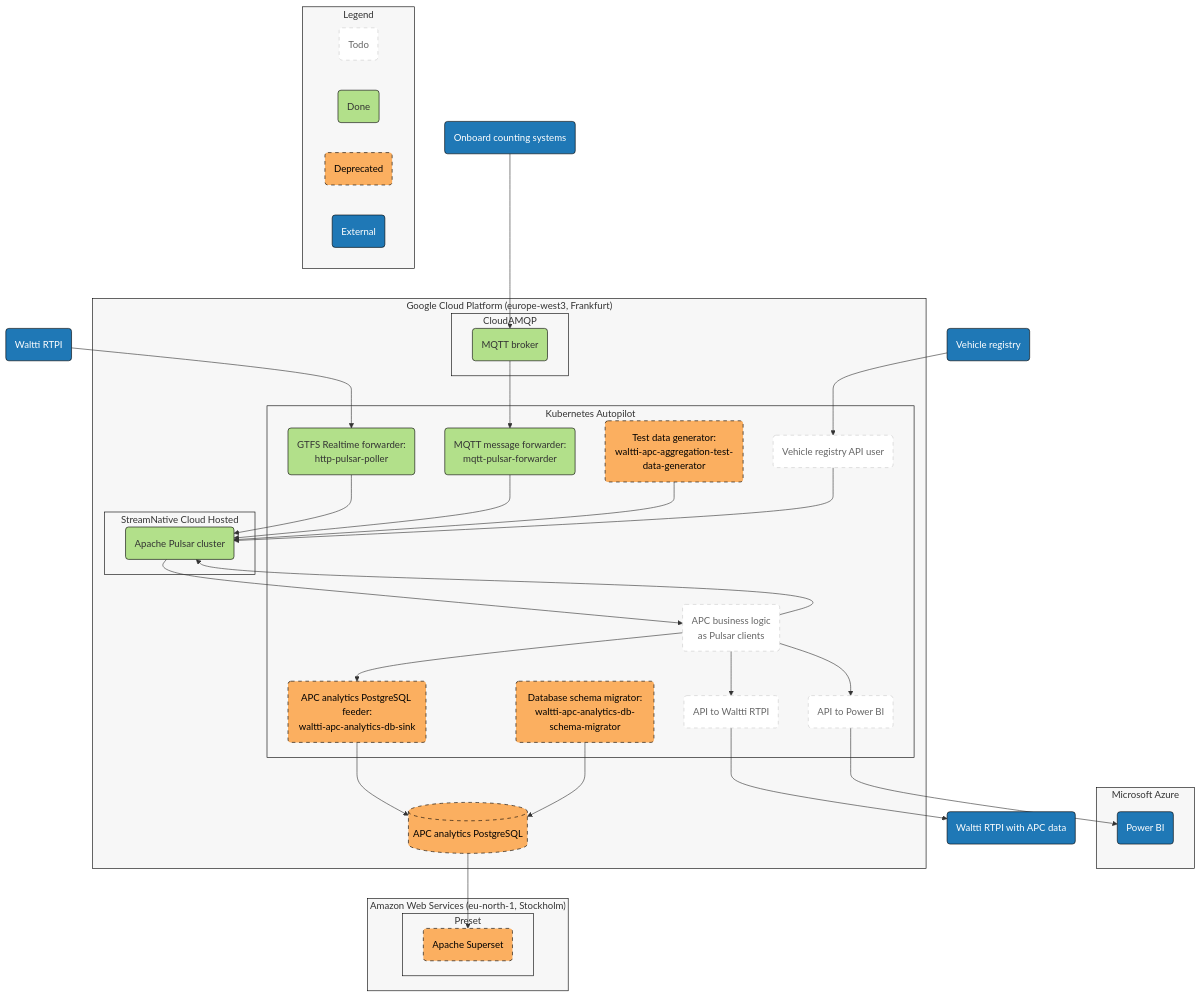
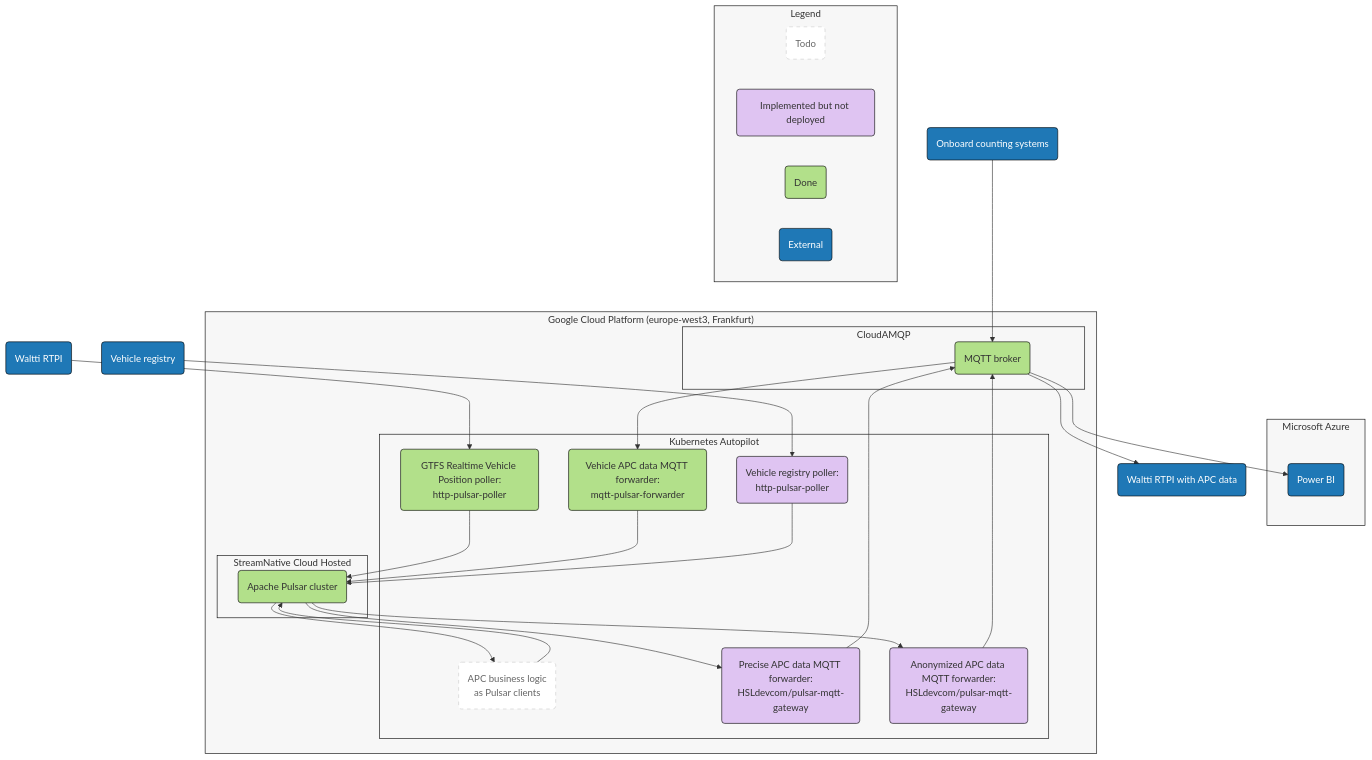
One commit to tvv-lippu-ja-maksujarjestelma-oy/waltti-apc changed the first of 2 diagrams in README.md. Above: the diagram before and after it, drawn with Mermaid. The commit also changed other lines of this file, not shown here.

Commit message:
docs: Update diagrams

````diff
--- a/README.md
+++ b/README.md
@@ -17,29 +17,20 @@
   rtpiinput("Waltti RTPI")
   rtpioutput("Waltti RTPI with APC data")
   vehicleregistry("Vehicle registry")
-  subgraph aws["Amazon Web Services (eu-north-1, Stockholm)"]
-    subgraph preset["Preset"]
-      superset("Apache Superset")
-    end
-  end
   subgraph azure["Microsoft Azure"]
     powerbi("Power BI")
   end
   subgraph gcp["Google Cloud Platform (europe-west3, Frankfurt)"]
-    db[("APC analytics PostgreSQL")]
     subgraph cloudamqp["CloudAMQP"]
       mqtt("MQTT broker")
     end
     subgraph kubernetes["Kubernetes Autopilot"]
-      apitodb("APC analytics PostgreSQL feeder:<br/>waltti-apc-analytics-db-sink")
-      apitopowerbi("API to Power BI")
-      apitortpioutput("API to Waltti RTPI")
-      dbschemamigrator("Database schema migrator:<br/>waltti-apc-analytics-db-schema-migrator")
-      httppulsarpoller("GTFS Realtime forwarder:<br/>http-pulsar-poller")
-      mqttpulsarforwarder("MQTT message forwarder:<br/>mqtt-pulsar-forwarder")
+      httppulsarpoller("GTFS Realtime Vehicle Position poller:<br/>http-pulsar-poller")
+      mqttpulsarforwarder("Vehicle APC data MQTT forwarder:<br/>mqtt-pulsar-forwarder")
       pulsarclients("APC business logic<br/>as Pulsar clients")
-      testdatagenerator("Test data generator:<br/>waltti-apc-aggregation-test-data-generator")
-      vehicleregistryapiuser("Vehicle registry API user")
+      pulsarmqttforwardertopowerbi("Precise APC data MQTT forwarder:<br/>HSLdevcom/pulsar-mqtt-gateway")
+      pulsarmqttforwardertortpioutput("Anonymized APC data MQTT forwarder:<br/>HSLdevcom/pulsar-mqtt-gateway")
+      vehicleregistryapiuser("Vehicle registry poller:<br/>http-pulsar-poller")
     end
     subgraph streamnative["StreamNative Cloud Hosted"]
       pulsar("Apache Pulsar cluster")
@@ -48,33 +39,23 @@
 
   %% Edges
 
-  apitodb --> db
-  apitopowerbi --> powerbi
-  apitortpioutput --> rtpioutput
-  db --> superset
-  dbschemamigrator --> db
   httppulsarpoller --> pulsar
   mqtt --> mqttpulsarforwarder
+  mqtt --> powerbi
+  mqtt --> rtpioutput
   mqttpulsarforwarder --> pulsar
   onboard --> mqtt
   pulsar --> pulsarclients
-  pulsarclients --> apitodb
-  pulsarclients --> apitopowerbi
-  pulsarclients --> apitortpioutput
+  pulsar --> pulsarmqttforwardertopowerbi
+  pulsar --> pulsarmqttforwardertortpioutput
   pulsarclients --> pulsar
+  pulsarmqttforwardertopowerbi --> mqtt
+  pulsarmqttforwardertortpioutput --> mqtt
   rtpiinput --> httppulsarpoller
-  testdatagenerator --> pulsar
   vehicleregistry --> vehicleregistryapiuser
   vehicleregistryapiuser --> pulsar
 
   %% Styling
-
-  classDef deprecated fill:#fbaf60,stroke:#000,stroke-width:1px,color:#000,stroke-dasharray: 6 6
-  class apitodb deprecated
-  class db deprecated
-  class dbschemamigrator deprecated
-  class superset deprecated
-  class testdatagenerator deprecated
 
   classDef done fill:#b2e08a,stroke:#000
   class httppulsarpoller done
@@ -98,23 +79,25 @@
   class rtpioutput external
   class vehicleregistry external
 
+  classDef implemented fill:#dfc4f2,stroke:#000
+  class pulsarmqttforwardertopowerbi implemented
+  class pulsarmqttforwardertortpioutput implemented
+  class vehicleregistryapiuser implemented
+
   classDef todo fill:#fff,stroke:#ccc,stroke-width:1px,color:#666,stroke-dasharray: 6 6
-  class apitopowerbi todo
-  class apitortpioutput todo
   class pulsarclients todo
-  class vehicleregistryapiuser todo
 
-   %% Legend
+  %% Legend
 
   subgraph legend["Legend"]
     legendtodo("Todo")
+    legendimplemented("Implemented but not deployed")
     legenddone("Done")
-    legenddeprecated("Deprecated")
     legendexternal("External")
   end
   class legend env
-  class legenddeprecated deprecated
   class legenddone done
   class legendexternal external
+  class legendimplemented implemented
   class legendtodo todo
 ```
````
